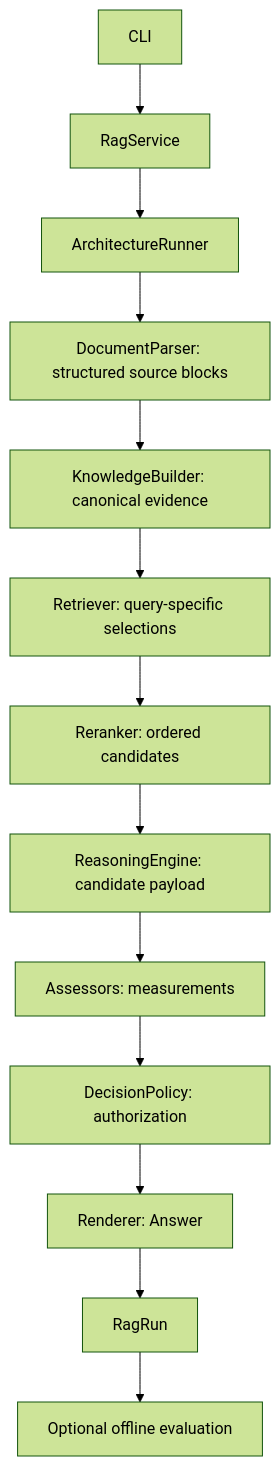
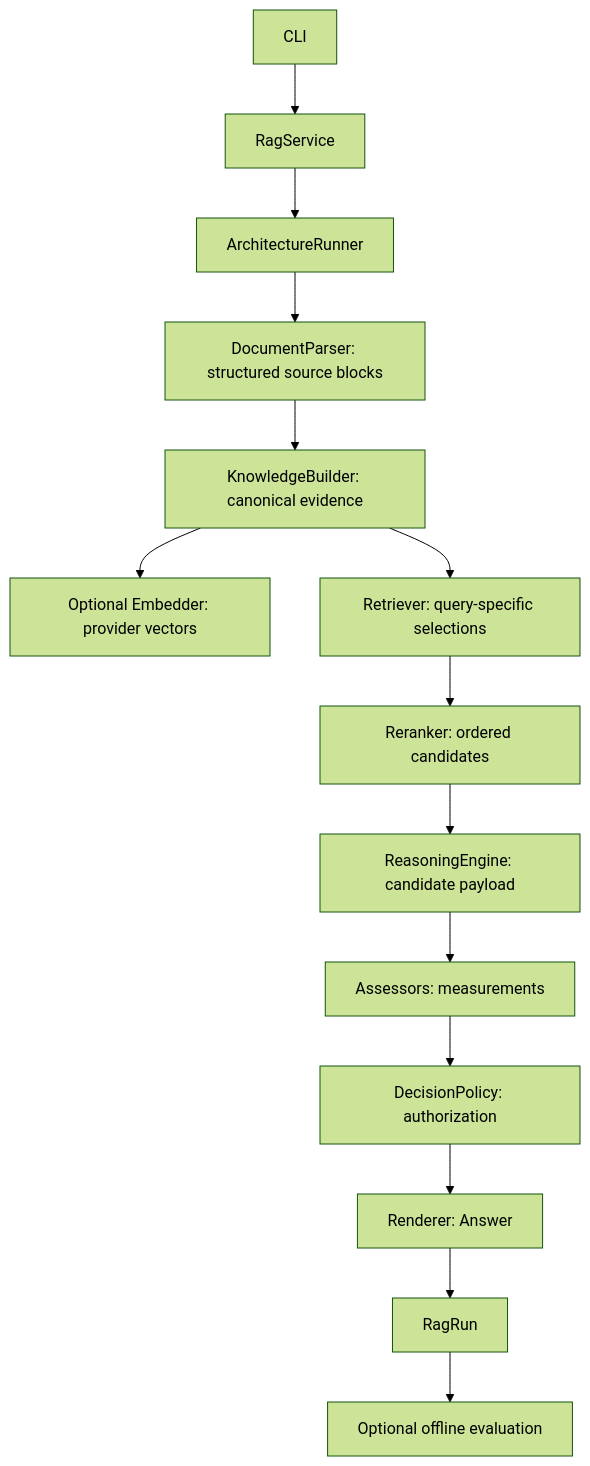
Before and after one commit to Dragon999999999/rag-compose: the diagram in docs/architecture.md, drawn with Mermaid (forest theme). The commit also changed other lines of this file and 11 other files, not shown here.

Commit message:
Add configurable architecture embedders

````diff
--- a/docs/architecture.md
+++ b/docs/architecture.md
@@ -10,15 +10,16 @@
 ```mermaid
 flowchart TD
     CLI[CLI] --> Service[RagService]
     Service --> Runner[ArchitectureRunner]
     Runner --> Parse[DocumentParser: structured source blocks]
     Parse --> Knowledge[KnowledgeBuilder: canonical evidence]
+    Knowledge --> Embed[Optional Embedder: provider vectors]
     Knowledge --> Retrieve[Retriever: query-specific selections]
     Retrieve --> Rerank[Reranker: ordered candidates]
     Rerank --> Reason[ReasoningEngine: candidate payload]
     Reason --> Assess[Assessors: measurements]
     Assess --> Decide[DecisionPolicy: authorization]
     Decide --> Render[Renderer: Answer]
     Render --> Run[RagRun]
     Run --> Evaluation[Optional offline evaluation]
 ```
````
